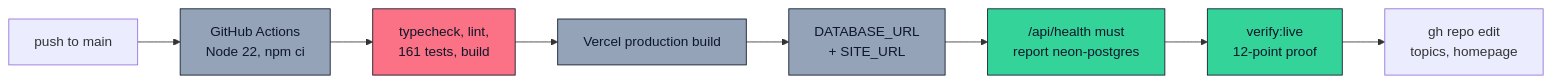
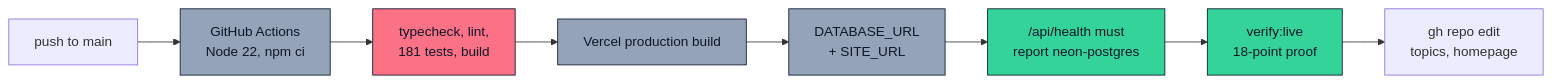
One commit to aniruddhaadak80/khata changed the sixth of 6 diagrams in README.md. Above: the diagram before and after it, drawn with Mermaid. The commit also changed other lines of this file and 2 other files, not shown here.

Commit message:
Prove the cloud tier live and document it honestly

````diff
--- a/README.md
+++ b/README.md
@@ -537,17 +550,17 @@
 ```mermaid
 flowchart LR
   Push["push to main"] --> CI["GitHub Actions<br/>Node 22, npm ci"]
-  CI --> Gate["typecheck, lint,<br/>161 tests, build"]
+  CI --> Gate["typecheck, lint,<br/>181 tests, build"]
   Gate --> Deploy["Vercel production build"]
   Deploy --> Env["DATABASE_URL<br/>+ SITE_URL"]
   Env --> Health["/api/health must<br/>report neon-postgres"]
-  Health --> Verify["verify:live<br/>12-point proof"]
+  Health --> Verify["verify:live<br/>18-point proof"]
   Verify --> Repo["gh repo edit<br/>topics, homepage"]
 
   classDef infra fill:#94a3b8,stroke:#0f172a,color:#0f172a
   classDef ok fill:#34d399,stroke:#0f172a,color:#0f172a
   classDef risk fill:#fb7185,stroke:#0f172a,color:#0f172a
   class CI,Deploy,Env infra
   class Health,Verify ok
   class Gate risk
 ```
````
